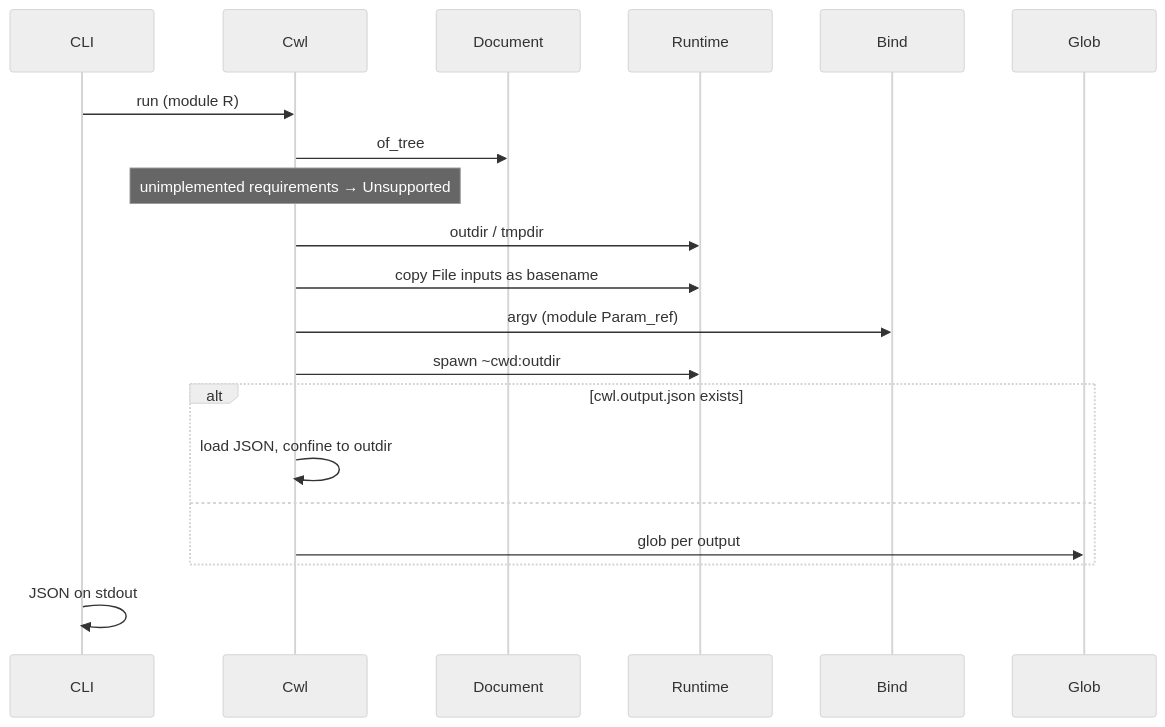
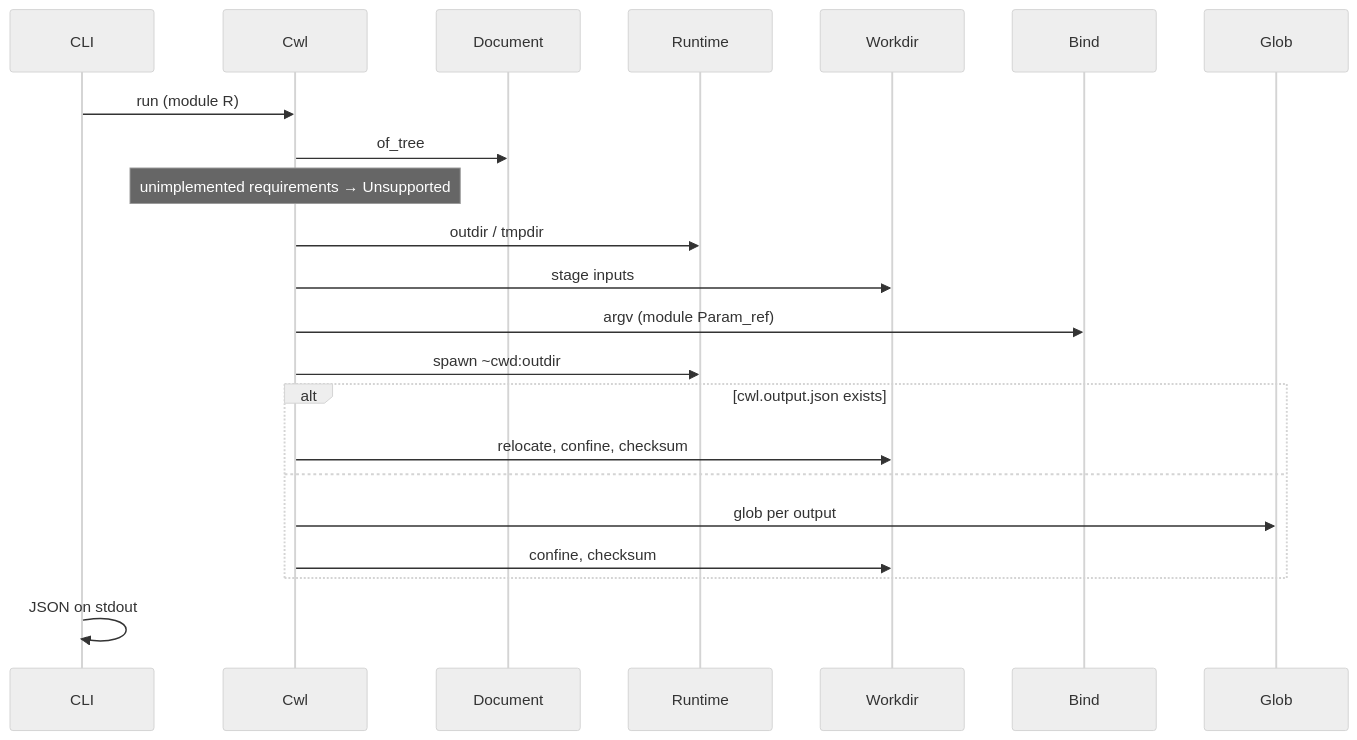
One commit to vjaganat90/caml-cwl-runner changed the second of 2 diagrams in design_docs/runner.md. Above: the diagram before and after it, drawn with Mermaid (neutral theme). The commit also changed other lines of this file and 7 other files, not shown here.

````diff
--- a/design_docs/runner.md
+++ b/design_docs/runner.md
@@ -125,22 +130,24 @@
 ```mermaid
 sequenceDiagram
   participant CLI
   participant Cwl
   participant Document
   participant Runtime
+  participant Workdir
   participant Bind
   participant Glob
   CLI->>Cwl: run (module R)
   Cwl->>Document: of_tree
   Note over Cwl: unimplemented requirements → Unsupported
   Cwl->>Runtime: outdir / tmpdir
-  Cwl->>Runtime: copy File inputs as basename
+  Cwl->>Workdir: stage inputs
   Cwl->>Bind: argv (module Param_ref)
   Cwl->>Runtime: spawn ~cwd:outdir
   alt cwl.output.json exists
-    Cwl->>Cwl: load JSON, confine to outdir
+    Cwl->>Workdir: relocate, confine, checksum
   else
     Cwl->>Glob: glob per output
+    Cwl->>Workdir: confine, checksum
   end
   CLI->>CLI: JSON on stdout
 ```
````
